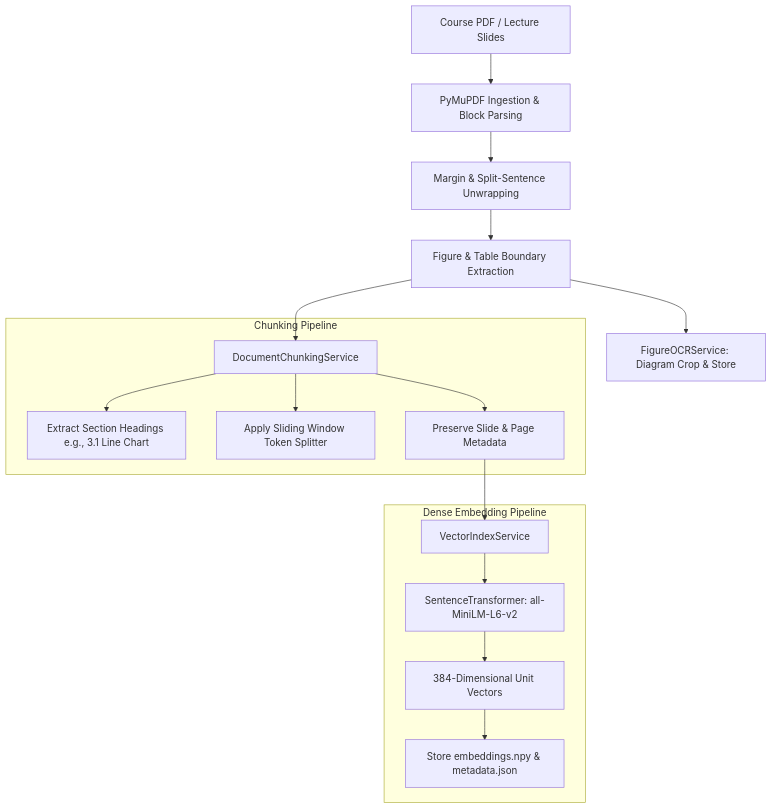
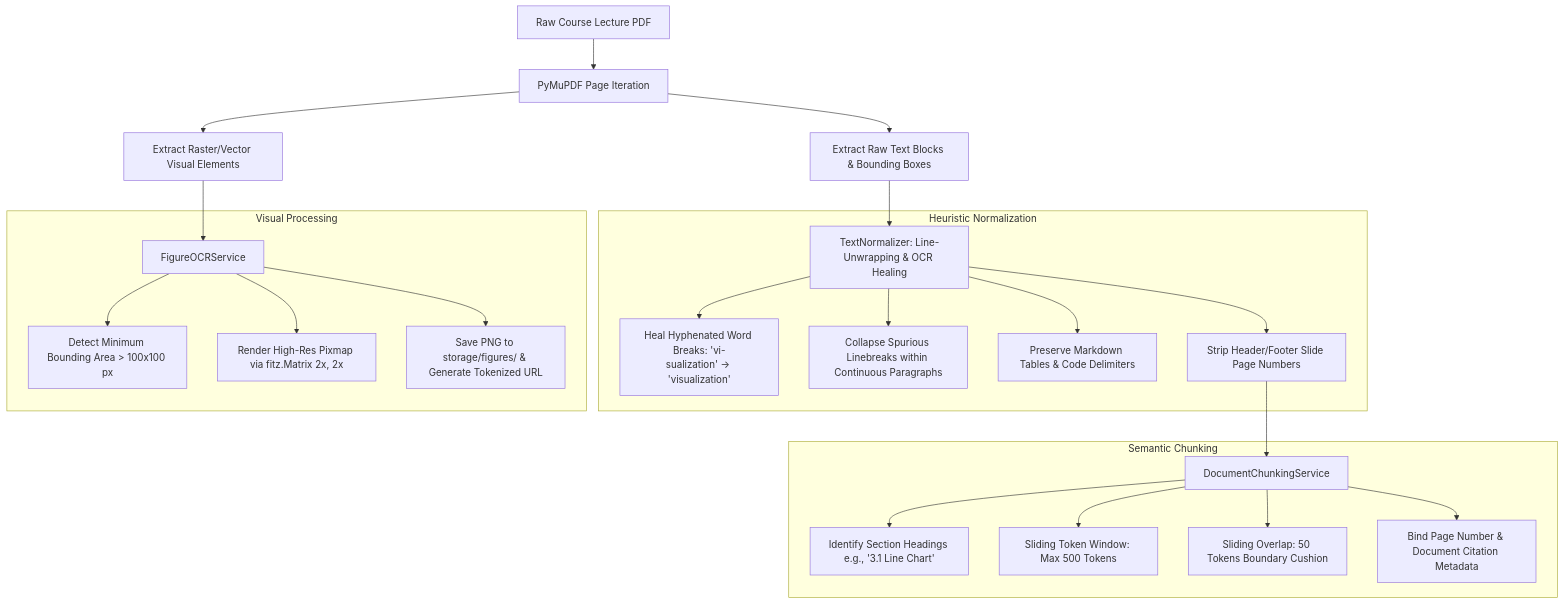
One commit to themayankguy/Nalanda-AI changed the first of 2 diagrams in backend/services/NLP/README.md. Above: the diagram before and after it, drawn with Mermaid. The commit also changed other lines of this file and 7 other files, not shown here.

````diff
--- a/backend/services/NLP/README.md
+++ b/backend/services/NLP/README.md
@@ -38,22 +96,30 @@
 ```mermaid
 flowchart TD
-    A[Course PDF / Lecture Slides] --> B[PyMuPDF Ingestion & Block Parsing]
-    B --> C[Margin & Split-Sentence Unwrapping]
-    C --> D[Figure & Table Boundary Extraction]
-    D --> E[DocumentChunkingService]
+    PDF[Raw Course Lecture PDF] --> FITZ[PyMuPDF Page Iteration]
+    FITZ --> TEXT_BLOCKS[Extract Raw Text Blocks & Bounding Boxes]
+    FITZ --> IMAGE_BLOCKS[Extract Raster/Vector Visual Elements]
     
-    subgraph Chunking Pipeline
-        E --> E1[Extract Section Headings e.g., 3.1 Line Chart]
-        E --> E2[Apply Sliding Window Token Splitter]
-        E --> E3[Preserve Slide & Page Metadata]
+    TEXT_BLOCKS --> UNWRAP[TextNormalizer: Line-Unwrapping & OCR Healing]
+    
+    subgraph Heuristic Normalization
+        UNWRAP --> H1[Heal Hyphenated Word Breaks: 'vi-\nsualization' -> 'visualization']
+        UNWRAP --> H2[Collapse Spurious Linebreaks within Continuous Paragraphs]
+        UNWRAP --> H3[Preserve Markdown Tables & Code Delimiters]
+        UNWRAP --> H4[Strip Header/Footer Slide Page Numbers]
     end
     
-    subgraph Dense Embedding Pipeline
-        E3 --> F[VectorIndexService]
-        F --> G[SentenceTransformer: all-MiniLM-L6-v2]
-        G --> H[384-Dimensional Unit Vectors]
-        H --> I[Store embeddings.npy & metadata.json]
+    IMAGE_BLOCKS --> FIG_PROC[FigureOCRService]
+    subgraph Visual Processing
+        FIG_PROC --> F1[Detect Minimum Bounding Area > 100x100 px]
+        FIG_PROC --> F2[Render High-Res Pixmap via fitz.Matrix 2x, 2x]
+        FIG_PROC --> F3[Save PNG to storage/figures/ & Generate Tokenized URL]
     end
     
-    D --> J[FigureOCRService: Diagram Crop & Store]
+    H4 --> CHUNKER[DocumentChunkingService]
+    subgraph Semantic Chunking
+        CHUNKER --> C1[Identify Section Headings e.g., '3.1 Line Chart']
+        CHUNKER --> C2[Sliding Token Window: Max 500 Tokens]
+        CHUNKER --> C3[Sliding Overlap: 50 Tokens Boundary Cushion]
+        CHUNKER --> C4[Bind Page Number & Document Citation Metadata]
+    end
 ```
````
